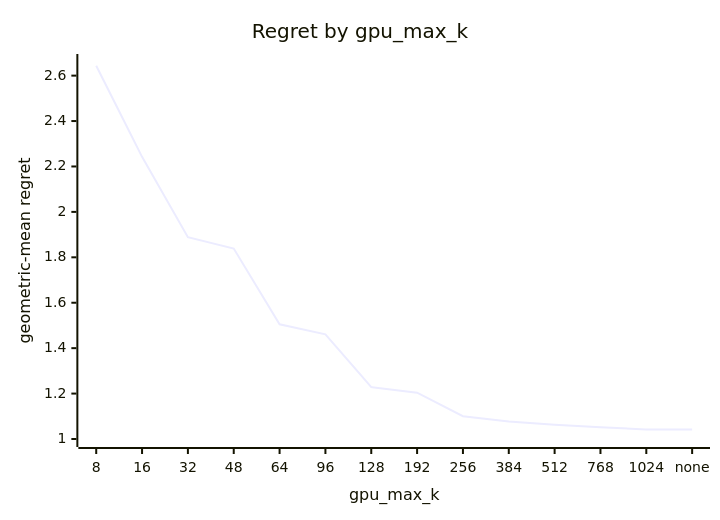
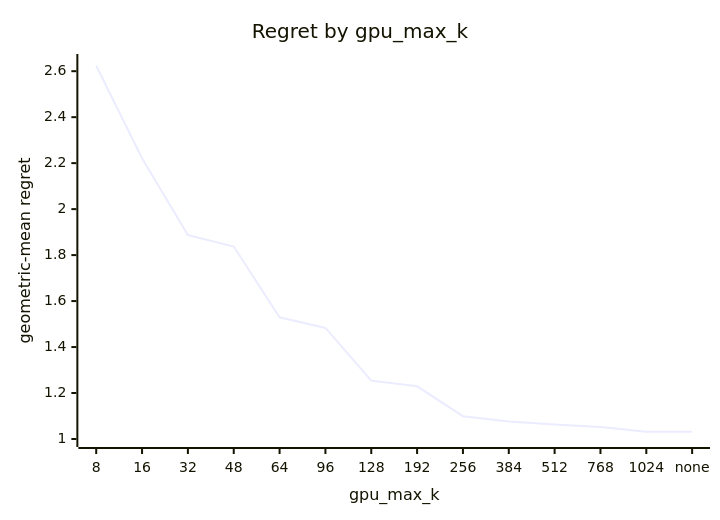
The eighth of 8 diagrams in docs/results/apple-m5-pro-20gpu/combined/svd/report.md (c0rmac/metal-linalg), drawn with Mermaid before and after one commit. The commit also changed other lines of this file and 9 other files, not shown here.

````diff
--- a/docs/results/apple-m5-pro-20gpu/combined/svd/report.md
+++ b/docs/results/apple-m5-pro-20gpu/combined/svd/report.md
@@ -254,7 +255,7 @@
 ```mermaid
 xychart-beta
     title "Regret by gpu_max_k"
     x-axis "gpu_max_k" [8, 16, 32, 48, 64, 96, 128, 192, 256, 384, 512, 768, 1024, none]
-    y-axis "geometric-mean regret" 1.0 --> 2.66
-    line [2.6438, 2.2423, 1.8884, 1.8387, 1.5049, 1.4610, 1.2287, 1.2040, 1.1006, 1.0770, 1.0632, 1.0522, 1.0418, 1.0418]
+    y-axis "geometric-mean regret" 1.0 --> 2.64
+    line [2.6234, 2.2212, 1.8871, 1.8374, 1.5292, 1.4831, 1.2540, 1.2293, 1.0992, 1.0762, 1.0627, 1.0519, 1.0317, 1.0317]
 ```
````
